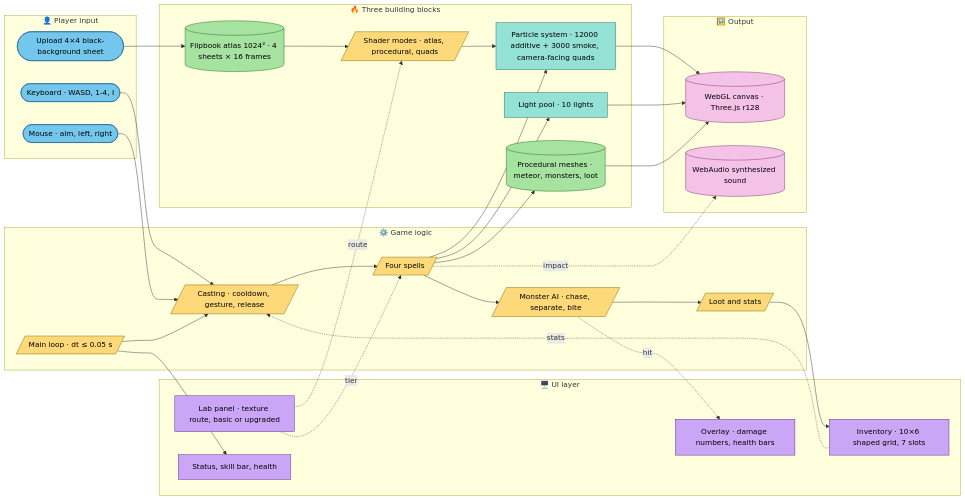
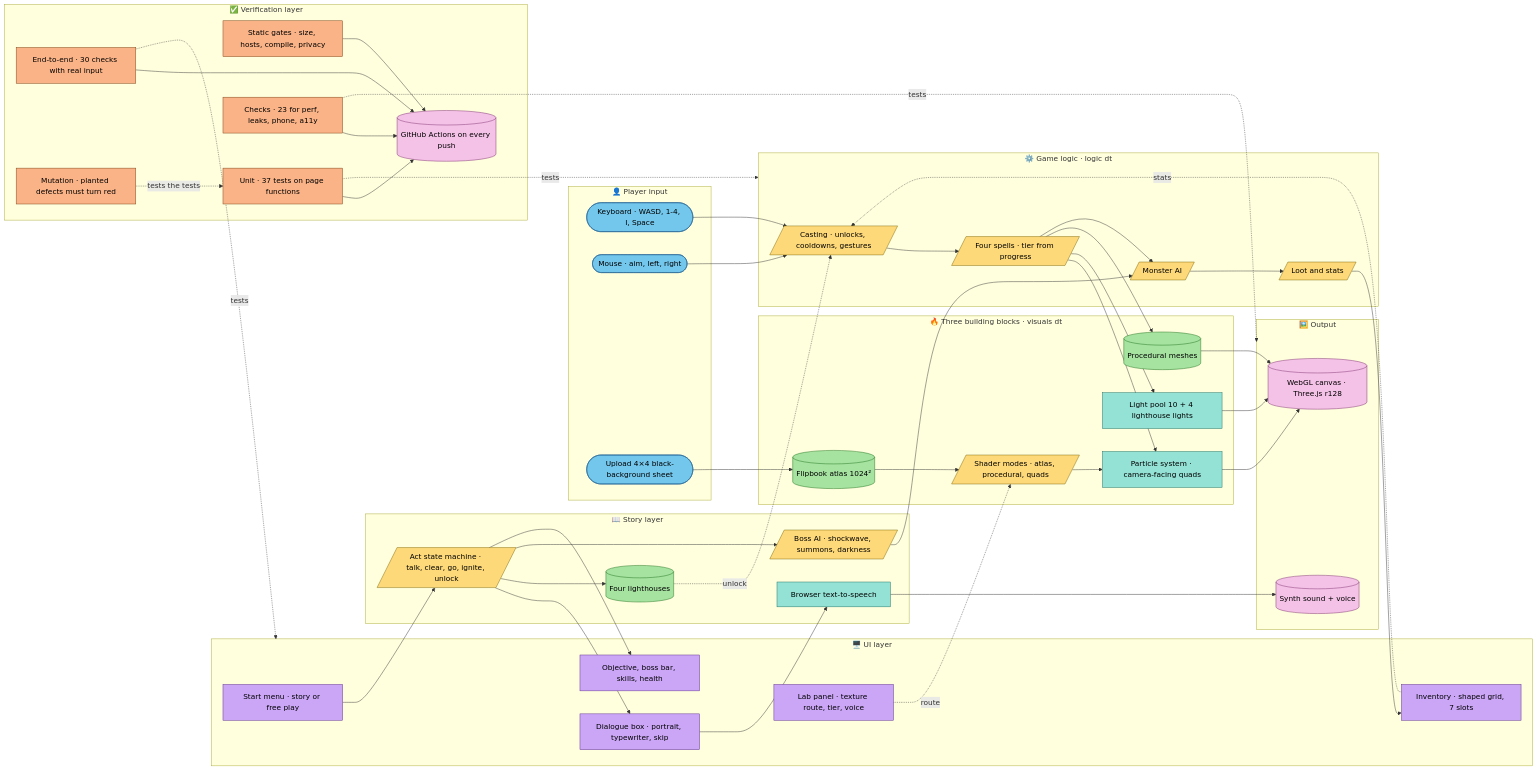
Before and after one commit to Lee-unhn/ember-graveyard: the first of 3 diagrams in README.md, drawn with Mermaid. The commit also changed other lines of this file and 15 other files, not shown here.

First line of the commit message:
Full test suite, CI, and redrawn diagrams with a verification layer

````diff
--- a/README.md
+++ b/README.md
@@ -50,41 +50,60 @@
 ```mermaid
 flowchart LR
   subgraph INPUT[👤 Player input]
-    KEYS([Keyboard · WASD, 1-4, I]):::input
+    KEYS([Keyboard · WASD, 1-4, I, Space]):::input
     MOUSE([Mouse · aim, left, right]):::input
     UPLOAD([Upload 4×4 black-background sheet]):::input
   end
   subgraph UI[🖥️ UI layer]
-    LAB[Lab panel · texture route, basic or upgraded]:::ui
-    HUD[Status, skill bar, health]:::ui
-    INV[Inventory · 10×6 shaped grid, 7 slots]:::ui
-    FXL[Overlay · damage numbers, health bars]:::ui
+    MODE[Start menu · story or free play]:::ui
+    LAB[Lab panel · texture route, tier, voice]:::ui
+    HUD[Objective, boss bar, skills, health]:::ui
+    DLGUI[Dialogue box · portrait, typewriter, skip]:::ui
+    INV[Inventory · shaped grid, 7 slots]:::ui
   end
-  subgraph LOGIC[⚙️ Game logic]
-    LOOP[/Main loop · dt ≤ 0.05 s/]:::pipeline
-    CAST[/Casting · cooldown, gesture, release/]:::pipeline
-    SPELLS[/Four spells/]:::pipeline
-    ENEMY[/Monster AI · chase, separate, bite/]:::pipeline
+  subgraph STORY[📖 Story layer]
+    ACTS[/Act state machine · talk, clear, go, ignite, unlock/]:::pipeline
+    TOWER[(Four lighthouses)]:::model
+    BOSS[/Boss AI · shockwave, summons, darkness/]:::pipeline
+    VOICE[Browser text-to-speech]:::worker
+  end
+  subgraph LOGIC[⚙️ Game logic · logic dt]
+    CAST[/Casting · unlocks, cooldowns, gestures/]:::pipeline
+    SPELLS[/Four spells · tier from progress/]:::pipeline
+    ENEMY[/Monster AI/]:::pipeline
     LOOT[/Loot and stats/]:::pipeline
   end
-  subgraph VFX[🔥 Three building blocks]
-    ATLAS[(Flipbook atlas 1024² · 4 sheets × 16 frames)]:::model
+  subgraph VFX[🔥 Three building blocks · visuals dt]
+    ATLAS[(Flipbook atlas 1024²)]:::model
     SHADER[/Shader modes · atlas, procedural, quads/]:::pipeline
-    PSYS[Particle system · 12000 additive + 3000 smoke, camera-facing quads]:::worker
-    LIGHTS[Light pool · 10 lights]:::worker
-    MESH[(Procedural meshes · meteor, monsters, loot)]:::model
+    PSYS[Particle system · camera-facing quads]:::worker
+    LIGHTS[Light pool 10 + 4 lighthouse lights]:::worker
+    MESH[(Procedural meshes)]:::model
   end
   subgraph OUT[🖼️ Output]
     CANVAS[(WebGL canvas · Three.js r128)]:::output
-    SND[(WebAudio synthesized sound)]:::output
+    SND[(Synth sound + voice)]:::output
+  end
+  subgraph VERIFY[✅ Verification layer]
+    STATIC[Static gates · size, hosts, compile, privacy]:::safety
+    UNIT[Unit · 37 tests on page functions]:::safety
+    E2E[End-to-end · 30 checks with real input]:::safety
+    CHECKS[Checks · 23 for perf, leaks, phone, a11y]:::safety
+    MUT[Mutation · planted defects must turn red]:::safety
+    CI[(GitHub Actions on every push)]:::output
   end
   KEYS --> CAST
   MOUSE --> CAST
   UPLOAD --> ATLAS
+  MODE --> ACTS
   LAB -. route .-> SHADER
-  LAB -. tier .-> SPELLS
-  LOOP --> CAST
-  LOOP --> HUD
+  ACTS --> DLGUI
+  DLGUI --> VOICE
+  ACTS --> TOWER
+  TOWER -. unlock .-> CAST
+  ACTS --> BOSS
+  BOSS --> ENEMY
+  ACTS --> HUD
   CAST --> SPELLS
   SPELLS --> PSYS
   SPELLS --> LIGHTS
@@ -93,16 +112,24 @@
   ENEMY --> LOOT
   LOOT --> INV
   INV -. stats .-> CAST
-  ENEMY -. hit .-> FXL
   ATLAS --> SHADER
   SHADER --> PSYS
   PSYS --> CANVAS
   LIGHTS --> CANVAS
   MESH --> CANVAS
-  SPELLS -. impact .-> SND
+  VOICE --> SND
+  UNIT -. tests .-> LOGIC
+  E2E -. tests .-> UI
+  CHECKS -. tests .-> OUT
+  MUT -. tests the tests .-> UNIT
+  STATIC --> CI
+  UNIT --> CI
+  E2E --> CI
+  CHECKS --> CI
   classDef input fill:#74c7ec,stroke:#1e6091,color:#000
   classDef ui fill:#cba6f7,stroke:#5b2d8a,color:#000
   classDef pipeline fill:#fdd97a,stroke:#7d6608,color:#000
+  classDef safety fill:#fab387,stroke:#7a3f10,color:#000
   classDef model fill:#a6e3a1,stroke:#1e6f1a,color:#000
   classDef output fill:#f5c2e7,stroke:#7a2e6d,color:#000
   classDef worker fill:#94e2d5,stroke:#1d6e62,color:#000
````
